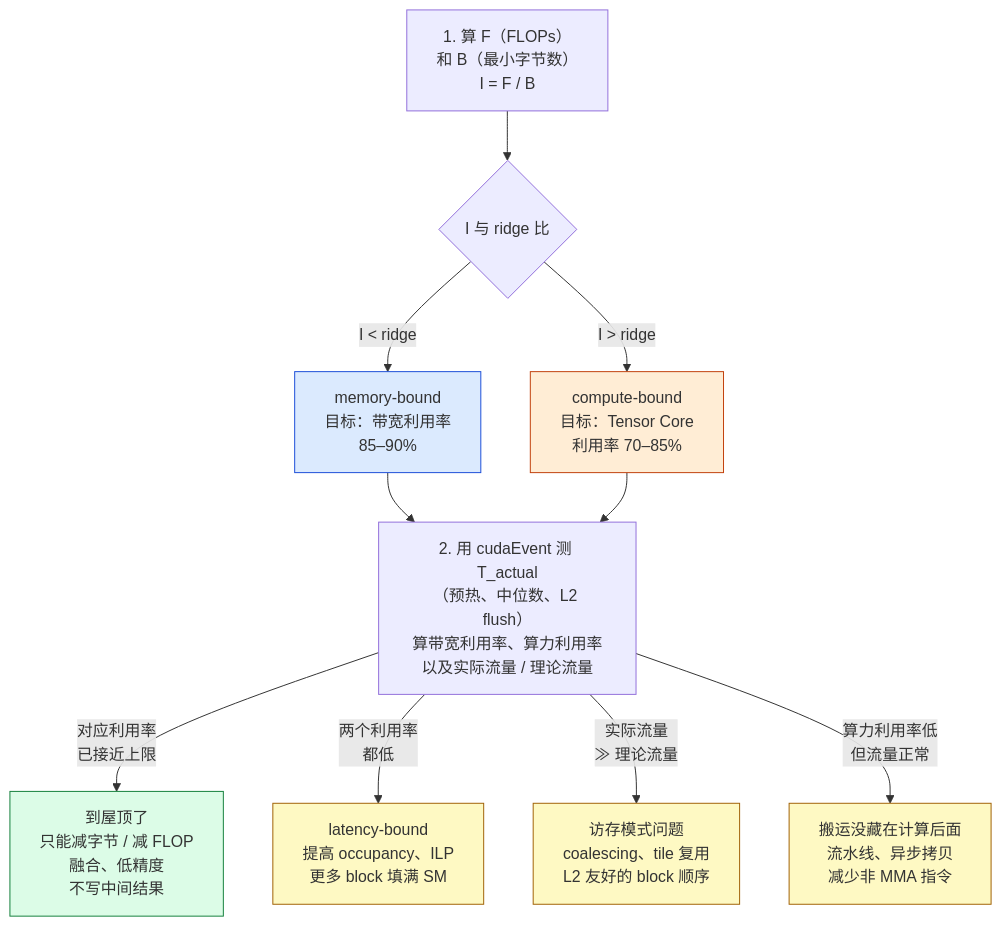
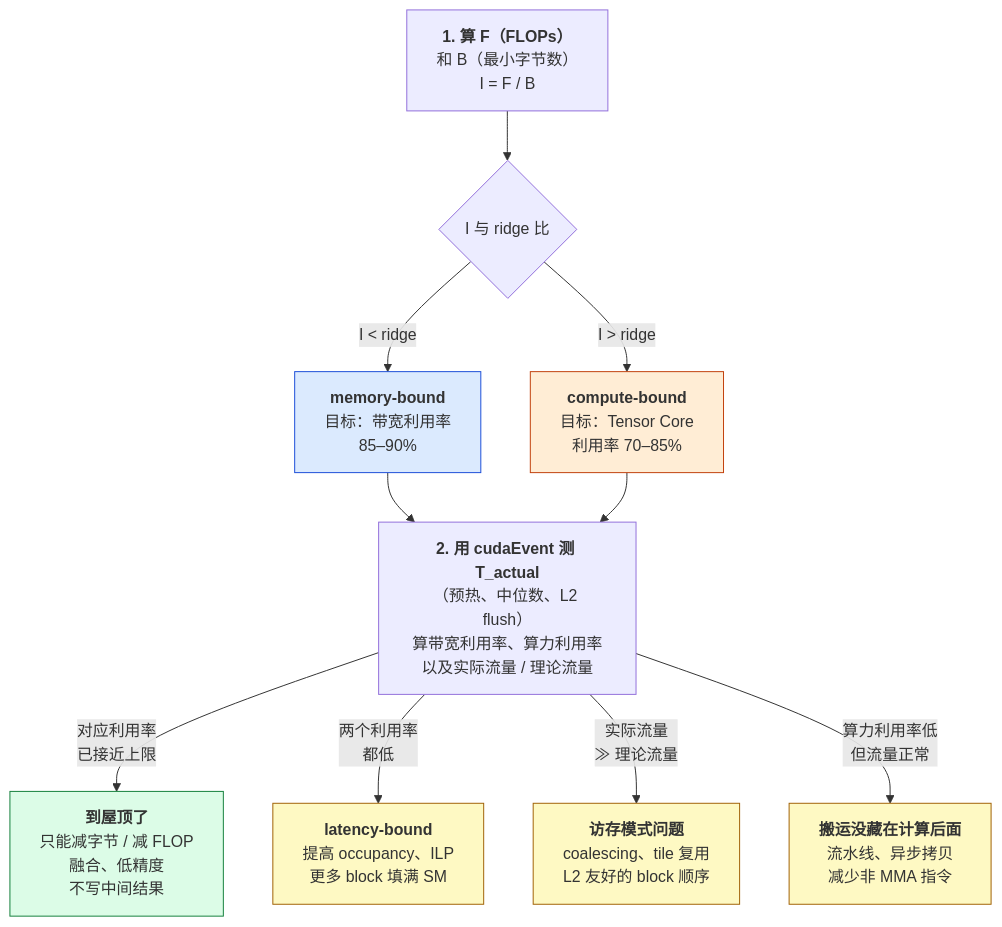
One commit to arganzheng/arganzheng.github.com changed diagram 15 of 15 in _posts/2026-05-11-gpu-architecture-and-roofline.md. Above: the diagram before and after it, drawn with Mermaid. The commit also changed other lines of this file and 10 other files, not shown here.

First line of the commit message:
GPU Kernel 工程：从 CUDA 执行模型到 FlashAttention：Mermaid 多行方框的首行标为标题（11 篇）

````diff
--- a/_posts/2026-05-11-gpu-architecture-and-roofline.md
+++ b/_posts/2026-05-11-gpu-architecture-and-roofline.md
@@ -764,17 +764,17 @@
 ```mermaid
 %% 诊断决策图：从 Roofline 位置到该查哪个指标
 flowchart TD
     classDef mb fill:#dbeafe,stroke:#1d4ed8
     classDef cb fill:#ffedd5,stroke:#c2410c
     classDef done fill:#dcfce7,stroke:#15803d
     classDef fix fill:#fef9c3,stroke:#a16207
-    A["1. 算 F（FLOPs）<br/>和 B（最小字节数）<br/>I = F / B"] --> R{"I 与 ridge 比"}
-    R -->|"I < ridge"| M["memory-bound<br/>目标：带宽利用率<br/>85–90%"]:::mb
-    R -->|"I > ridge"| C["compute-bound<br/>目标：Tensor Core<br/>利用率 70–85%"]:::cb
-    M --> T["2. 用 cudaEvent 测 T_actual<br/>（预热、中位数、L2 flush）<br/>算带宽利用率、算力利用率<br/>以及实际流量 / 理论流量"]
+    A["<b>1. 算 F（FLOPs）</b><br/>和 B（最小字节数）<br/>I = F / B"] --> R{"I 与 ridge 比"}
+    R -->|"I < ridge"| M["<b>memory-bound</b><br/>目标：带宽利用率<br/>85–90%"]:::mb
+    R -->|"I > ridge"| C["<b>compute-bound</b><br/>目标：Tensor Core<br/>利用率 70–85%"]:::cb
+    M --> T["<b>2. 用 cudaEvent 测 T_actual</b><br/>（预热、中位数、L2 flush）<br/>算带宽利用率、算力利用率<br/>以及实际流量 / 理论流量"]
     C --> T
-    T -->|"对应利用率<br/>已接近上限"| D1["到屋顶了<br/>只能减字节 / 减 FLOP<br/>融合、低精度<br/>不写中间结果"]:::done
-    T -->|"两个利用率<br/>都低"| D2["latency-bound<br/>提高 occupancy、ILP<br/>更多 block 填满 SM"]:::fix
-    T -->|"实际流量<br/>≫ 理论流量"| D3["访存模式问题<br/>coalescing、tile 复用<br/>L2 友好的 block 顺序"]:::fix
-    T -->|"算力利用率低<br/>但流量正常"| D4["搬运没藏在计算后面<br/>流水线、异步拷贝<br/>减少非 MMA 指令"]:::fix
+    T -->|"对应利用率<br/>已接近上限"| D1["<b>到屋顶了</b><br/>只能减字节 / 减 FLOP<br/>融合、低精度<br/>不写中间结果"]:::done
+    T -->|"两个利用率<br/>都低"| D2["<b>latency-bound</b><br/>提高 occupancy、ILP<br/>更多 block 填满 SM"]:::fix
+    T -->|"实际流量<br/>≫ 理论流量"| D3["<b>访存模式问题</b><br/>coalescing、tile 复用<br/>L2 友好的 block 顺序"]:::fix
+    T -->|"算力利用率低<br/>但流量正常"| D4["<b>搬运没藏在计算后面</b><br/>流水线、异步拷贝<br/>减少非 MMA 指令"]:::fix
 ```
````
